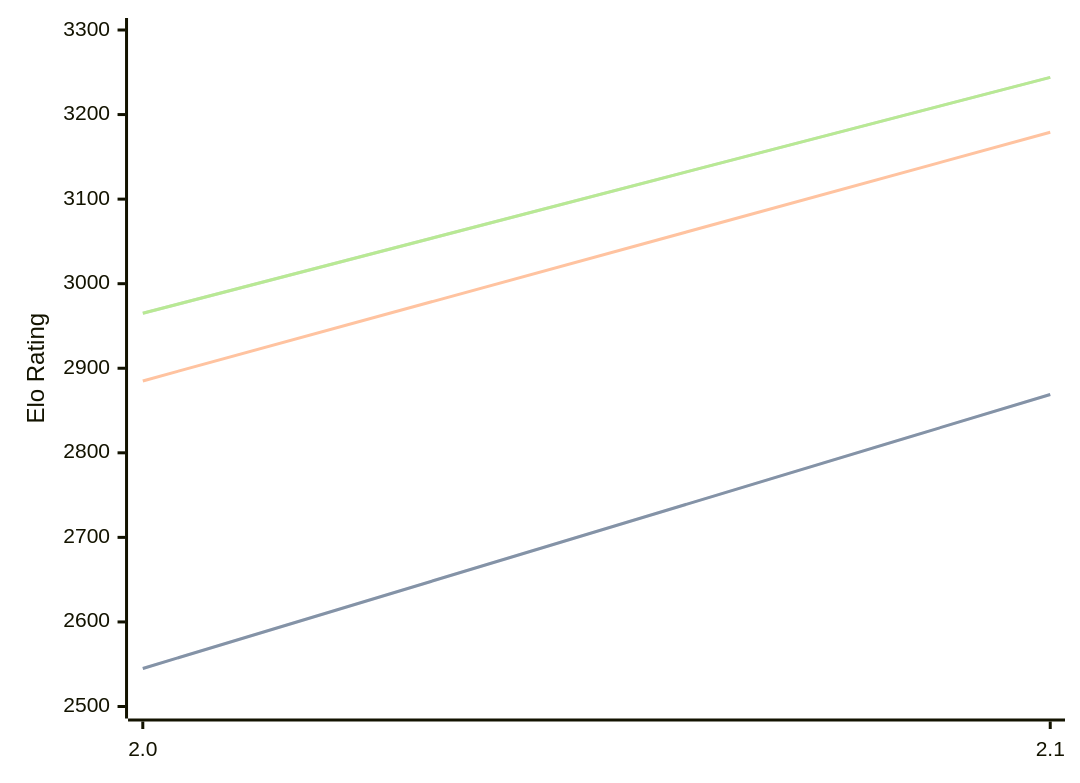
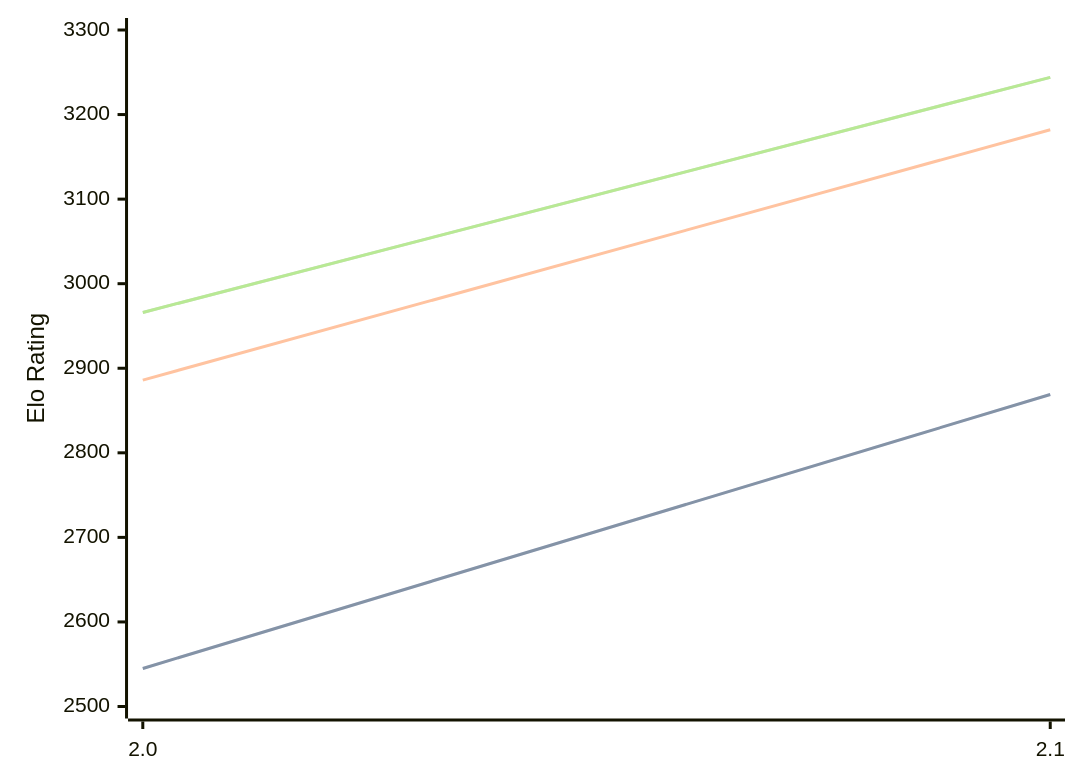
Before and after one commit to computer-chess-index/cci: the diagram in engines/Tunguska.md, drawn with Mermaid. The commit also changed other lines of this file, not shown here.

Commit message:
Update CCI Ratings (ELO VLTC) - 2026-04-24

````diff
--- a/engines/Tunguska.md
+++ b/engines/Tunguska.md
@@ -32,11 +32,11 @@
 ```mermaid
 %%{init: {"theme":"base","themeVariables":{"seriesColors:['#a3a3a3','#222221','#faa371']}}}%%
 xychart-beta
   x-axis ["2.0", "2.1"]
   y-axis "Elo Rating" 2500 --> 3300
   line "STC (8.0+0.08s)" [2545, 2869]
   line "STC (8.0+0.08s)" [2545, 2869]
-  line "LTC (60.0+0.60s)" [2885, 3179]
-  line "VLTC (2m24s+1.12s)" [2965, 3244]
-  line "VLTC (2m24s+1.12s)" [2965, 3244]
+  line "LTC (60.0+0.60s)" [2886, 3182]
+  line "VLTC (2m24s+1.12s)" [2966, 3244]
+  line "VLTC (2m24s+1.12s)" [2966, 3244]
 ```
````
